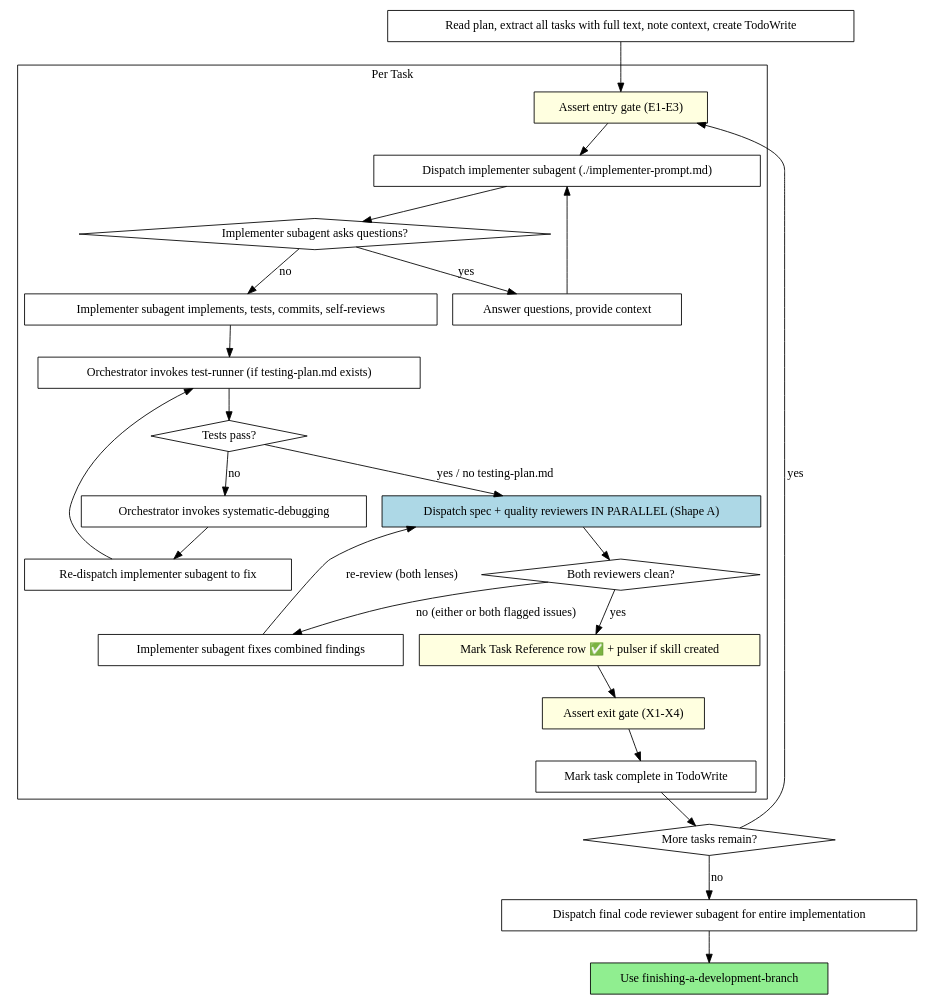
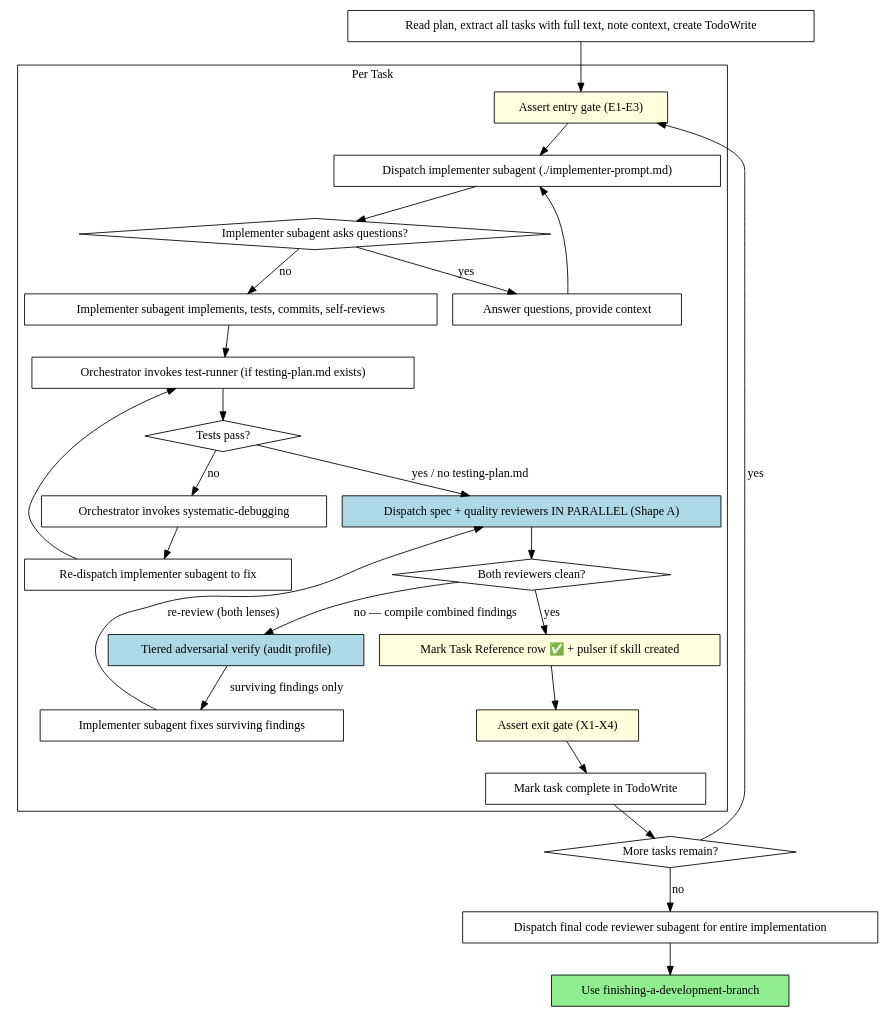
The second of 2 diagrams in skills/subagent-driven-development/SKILL.md (TeamClyde/clydes_claude), drawn with Graphviz before and after one commit. The commit also changed other lines of this file, not shown here.

First line of the commit message:
feat: B-sdd — tiered verify reconciles the combined two-lens finding set

````diff
--- a/skills/subagent-driven-development/SKILL.md
+++ b/skills/subagent-driven-development/SKILL.md
@@ -43,52 +43,54 @@
 ```dot
 digraph process {
     rankdir=TB;
 
     subgraph cluster_per_task {
         label="Per Task";
         "Assert entry gate (E1-E3)" [shape=box style=filled fillcolor=lightyellow];
         "Dispatch implementer subagent (./implementer-prompt.md)" [shape=box];
         "Implementer subagent asks questions?" [shape=diamond];
         "Answer questions, provide context" [shape=box];
         "Implementer subagent implements, tests, commits, self-reviews" [shape=box];
         "Dispatch spec + quality reviewers IN PARALLEL (Shape A)" [shape=box style=filled fillcolor=lightblue];
         "Both reviewers clean?" [shape=diamond];
-        "Implementer subagent fixes combined findings" [shape=box];
+        "Tiered adversarial verify (audit profile)" [shape=box style=filled fillcolor=lightblue];
+        "Implementer subagent fixes surviving findings" [shape=box];
         "Mark Task Reference row ✅ + pulser if skill created" [shape=box style=filled fillcolor=lightyellow];
         "Assert exit gate (X1-X4)" [shape=box style=filled fillcolor=lightyellow];
         "Mark task complete in TodoWrite" [shape=box];
         "Orchestrator invokes test-runner (if testing-plan.md exists)" [shape=box];
         "Tests pass?" [shape=diamond];
         "Orchestrator invokes systematic-debugging" [shape=box];
         "Re-dispatch implementer subagent to fix" [shape=box];
     }
 
     "Read plan, extract all tasks with full text, note context, create TodoWrite" [shape=box];
     "More tasks remain?" [shape=diamond];
     "Dispatch final code reviewer subagent for entire implementation" [shape=box];
     "Use finishing-a-development-branch" [shape=box style=filled fillcolor=lightgreen];
 
     "Read plan, extract all tasks with full text, note context, create TodoWrite" -> "Assert entry gate (E1-E3)";
     "Assert entry gate (E1-E3)" -> "Dispatch implementer subagent (./implementer-prompt.md)";
     "Dispatch implementer subagent (./implementer-prompt.md)" -> "Implementer subagent asks questions?";
     "Implementer subagent asks questions?" -> "Answer questions, provide context" [label="yes"];
     "Answer questions, provide context" -> "Dispatch implementer subagent (./implementer-prompt.md)";
     "Implementer subagent asks questions?" -> "Implementer subagent implements, tests, commits, self-reviews" [label="no"];
     "Implementer subagent implements, tests, commits, self-reviews" -> "Orchestrator invokes test-runner (if testing-plan.md exists)";
     "Orchestrator invokes test-runner (if testing-plan.md exists)" -> "Tests pass?";
     "Tests pass?" -> "Dispatch spec + quality reviewers IN PARALLEL (Shape A)" [label="yes / no testing-plan.md"];
     "Tests pass?" -> "Orchestrator invokes systematic-debugging" [label="no"];
     "Orchestrator invokes systematic-debugging" -> "Re-dispatch implementer subagent to fix";
     "Re-dispatch implementer subagent to fix" -> "Orchestrator invokes test-runner (if testing-plan.md exists)";
     "Dispatch spec + quality reviewers IN PARALLEL (Shape A)" -> "Both reviewers clean?";
-    "Both reviewers clean?" -> "Implementer subagent fixes combined findings" [label="no (either or both flagged issues)"];
-    "Implementer subagent fixes combined findings" -> "Dispatch spec + quality reviewers IN PARALLEL (Shape A)" [label="re-review (both lenses)"];
+    "Both reviewers clean?" -> "Tiered adversarial verify (audit profile)" [label="no — compile combined findings"];
+    "Tiered adversarial verify (audit profile)" -> "Implementer subagent fixes surviving findings" [label="surviving findings only"];
+    "Implementer subagent fixes surviving findings" -> "Dispatch spec + quality reviewers IN PARALLEL (Shape A)" [label="re-review (both lenses)"];
     "Both reviewers clean?" -> "Mark Task Reference row ✅ + pulser if skill created" [label="yes"];
     "Mark Task Reference row ✅ + pulser if skill created" -> "Assert exit gate (X1-X4)";
     "Assert exit gate (X1-X4)" -> "Mark task complete in TodoWrite";
     "Mark task complete in TodoWrite" -> "More tasks remain?";
     "More tasks remain?" -> "Assert entry gate (E1-E3)" [label="yes"];
     "More tasks remain?" -> "Dispatch final code reviewer subagent for entire implementation" [label="no"];
     "Dispatch final code reviewer subagent for entire implementation" -> "Use finishing-a-development-branch";
 }
 ```
````
